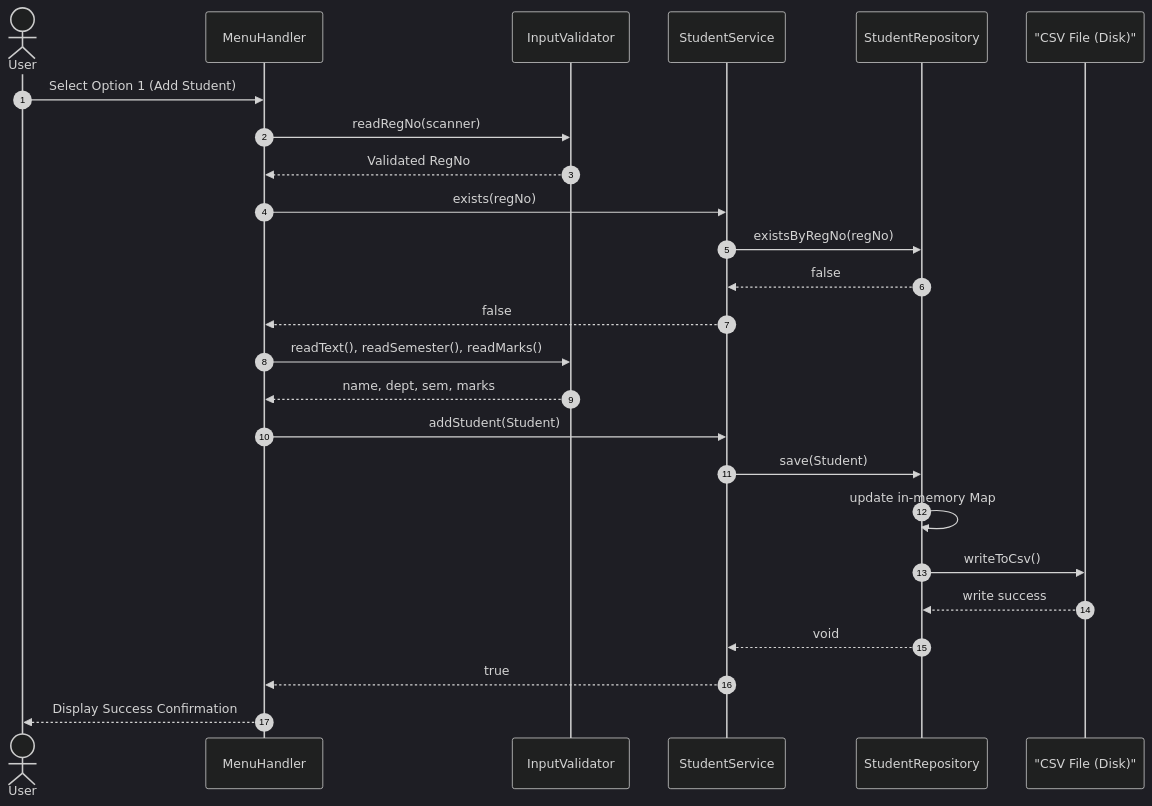
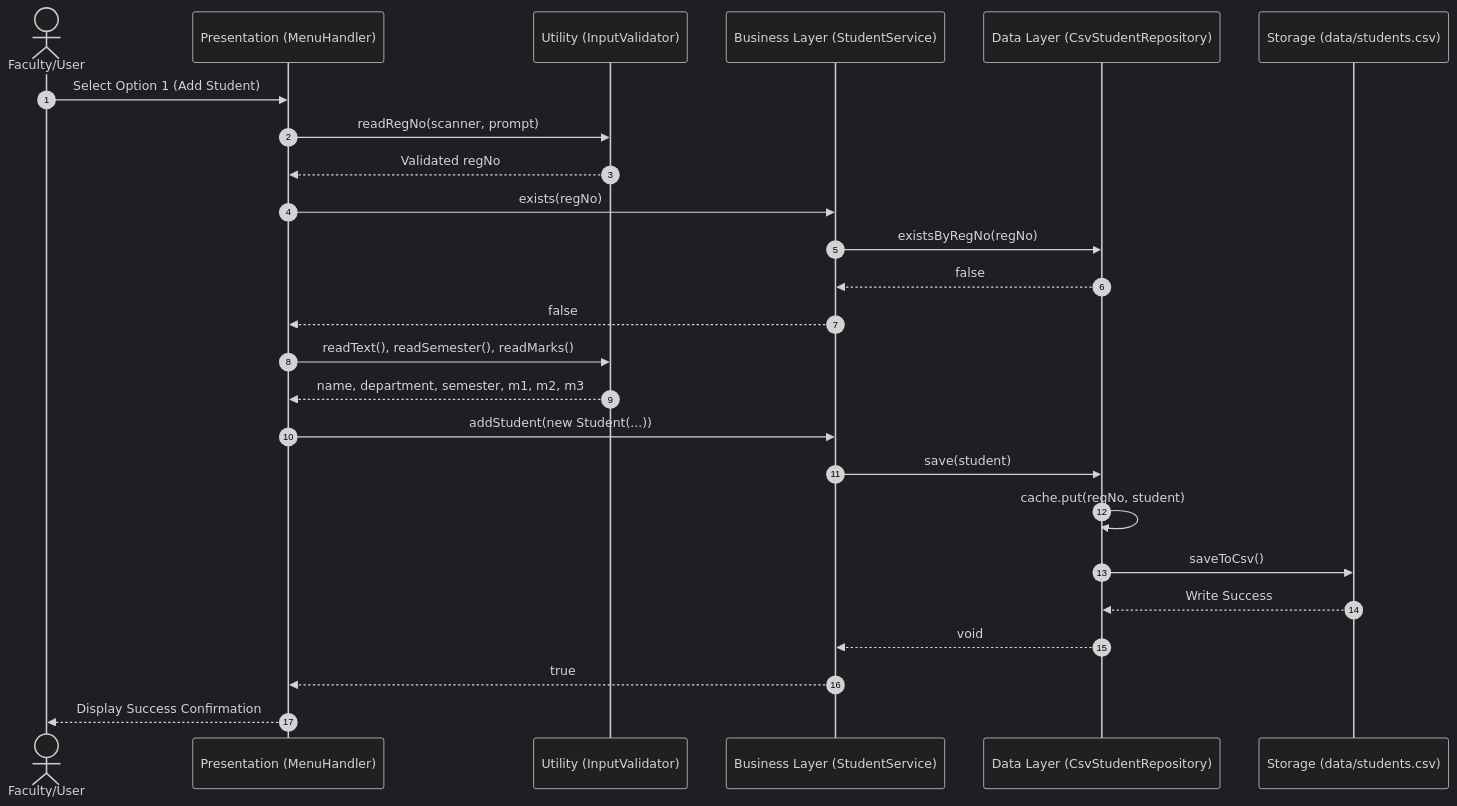
The third of 5 diagrams in doc/PROJECT_REPORT.md (darkish7/studentmanagement), drawn with Mermaid (dark theme) before and after one commit. The commit also changed other lines of this file, not shown here.

````diff
--- a/doc/PROJECT_REPORT.md
+++ b/doc/PROJECT_REPORT.md
@@ -163,30 +164,30 @@
 ```mermaid
 sequenceDiagram
     autonumber
-    actor User
-    participant MenuHandler
-    participant InputValidator
-    participant StudentService
-    participant StudentRepository
-    participant FileSystem as "CSV File (Disk)"
+    actor User as Faculty/User
+    participant MenuHandler as Presentation (MenuHandler)
+    participant InputValidator as Utility (InputValidator)
+    participant StudentService as Business Layer (StudentService)
+    participant StudentRepository as Data Layer (CsvStudentRepository)
+    participant FileSystem as Storage (data/students.csv)
 
     User->>MenuHandler: Select Option 1 (Add Student)
-    MenuHandler->>InputValidator: readRegNo(scanner)
-    InputValidator-->>MenuHandler: Validated RegNo
+    MenuHandler->>InputValidator: readRegNo(scanner, prompt)
+    InputValidator-->>MenuHandler: Validated regNo
     MenuHandler->>StudentService: exists(regNo)
     StudentService->>StudentRepository: existsByRegNo(regNo)
     StudentRepository-->>StudentService: false
     StudentService-->>MenuHandler: false
     
     MenuHandler->>InputValidator: readText(), readSemester(), readMarks()
-    InputValidator-->>MenuHandler: name, dept, sem, marks
+    InputValidator-->>MenuHandler: name, department, semester, m1, m2, m3
     
-    MenuHandler->>StudentService: addStudent(Student)
-    StudentService->>StudentRepository: save(Student)
-    StudentRepository->>StudentRepository: update in-memory Map
-    StudentRepository->>FileSystem: writeToCsv()
-    FileSystem-->>StudentRepository: write success
+    MenuHandler->>StudentService: addStudent(new Student(...))
+    StudentService->>StudentRepository: save(student)
+    StudentRepository->>StudentRepository: cache.put(regNo, student)
+    StudentRepository->>FileSystem: saveToCsv()
+    FileSystem-->>StudentRepository: Write Success
     StudentRepository-->>StudentService: void
     StudentService-->>MenuHandler: true
     MenuHandler-->>User: Display Success Confirmation
 ```
````
